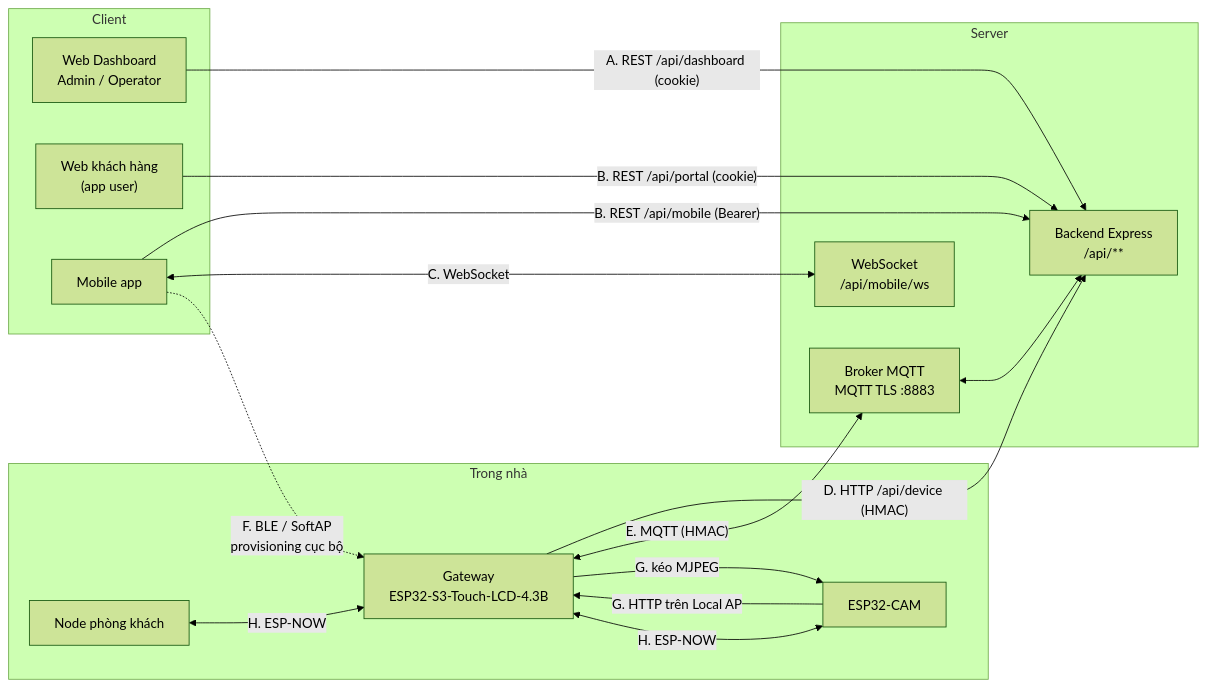
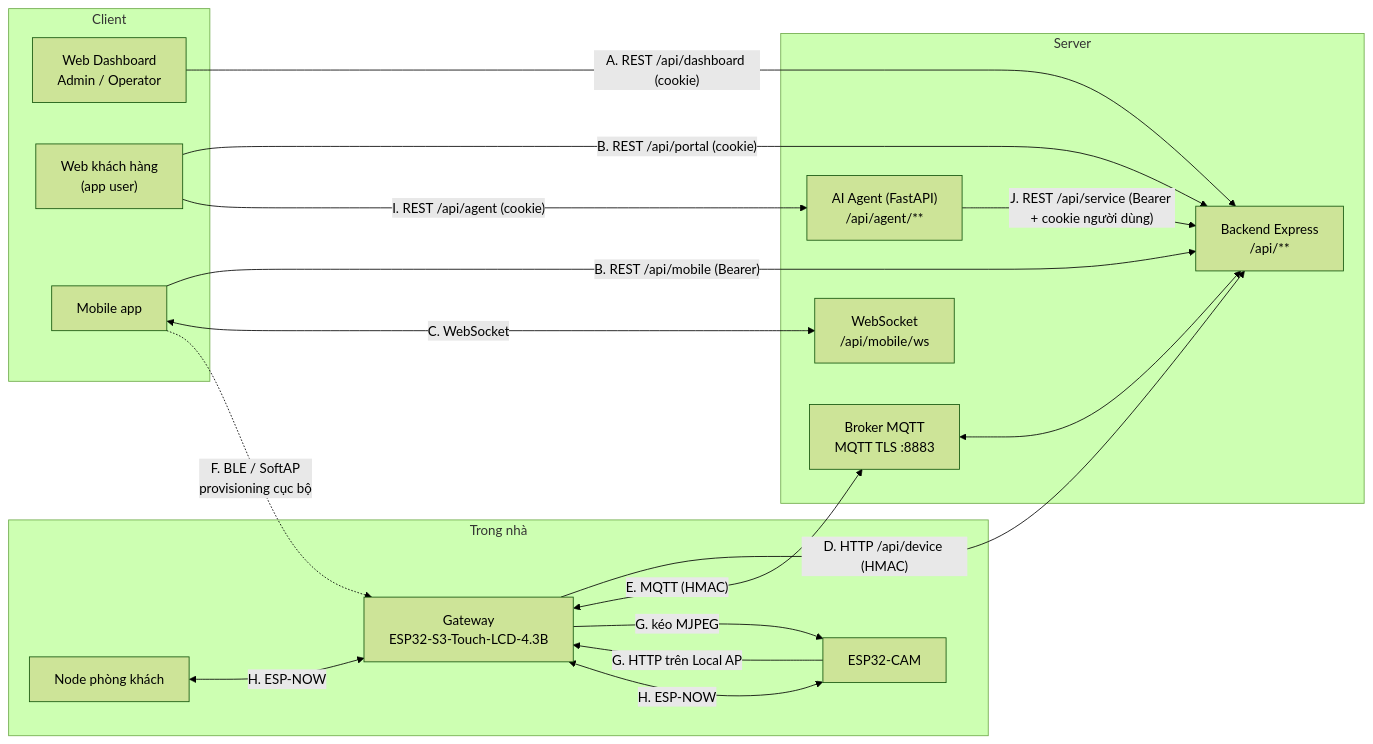
One commit to Noxxsanl/secure-smart-home changed the first of 2 diagrams in docs/API_DESIGN.md. Above: the diagram before and after it, drawn with Mermaid (forest theme). The commit also changed other lines of this file and 130 other files, not shown here.

````diff
--- a/docs/API_DESIGN.md
+++ b/docs/API_DESIGN.md
@@ -39,33 +39,36 @@
 ```mermaid
 flowchart LR
     subgraph CLIENT["Client"]
         WEB["Web Dashboard<br/>Admin / Operator"]
         PORTAL["Web khách hàng<br/>(app user)"]
         MOB["Mobile app"]
     end
 
     subgraph SERVER["Server"]
         API["Backend Express<br/>/api/**"]
         WS["WebSocket<br/>/api/mobile/ws"]
         B2["Broker MQTT<br/>MQTT TLS :8883"]
+        AGENT["AI Agent (FastAPI)<br/>/api/agent/**"]
     end
 
     subgraph HOME["Trong nhà"]
         GW["Gateway<br/>ESP32-S3-Touch-LCD-4.3B"]
         CAM["ESP32-CAM"]
         NODE["Node phòng khách"]
     end
 
     WEB -->|"A. REST /api/dashboard (cookie)"| API
     PORTAL -->|"B. REST /api/portal (cookie)"| API
     MOB -->|"B. REST /api/mobile (Bearer)"| API
     MOB <-->|"C. WebSocket"| WS
+    PORTAL -->|"I. REST /api/agent (cookie)"| AGENT
+    AGENT -->|"J. REST /api/service (Bearer + cookie người dùng)"| API
     GW -->|"D. HTTP /api/device (HMAC)"| API
     GW <-->|"E. MQTT (HMAC)"| B2
     B2 <--> API
     MOB -.->|"F. BLE / SoftAP<br/>provisioning cục bộ"| GW
     CAM -->|"G. HTTP trên Local AP"| GW
     GW -->|"G. kéo MJPEG"| CAM
     NODE <-->|"H. ESP-NOW"| GW
     CAM <-->|"H. ESP-NOW"| GW
 ```
````
